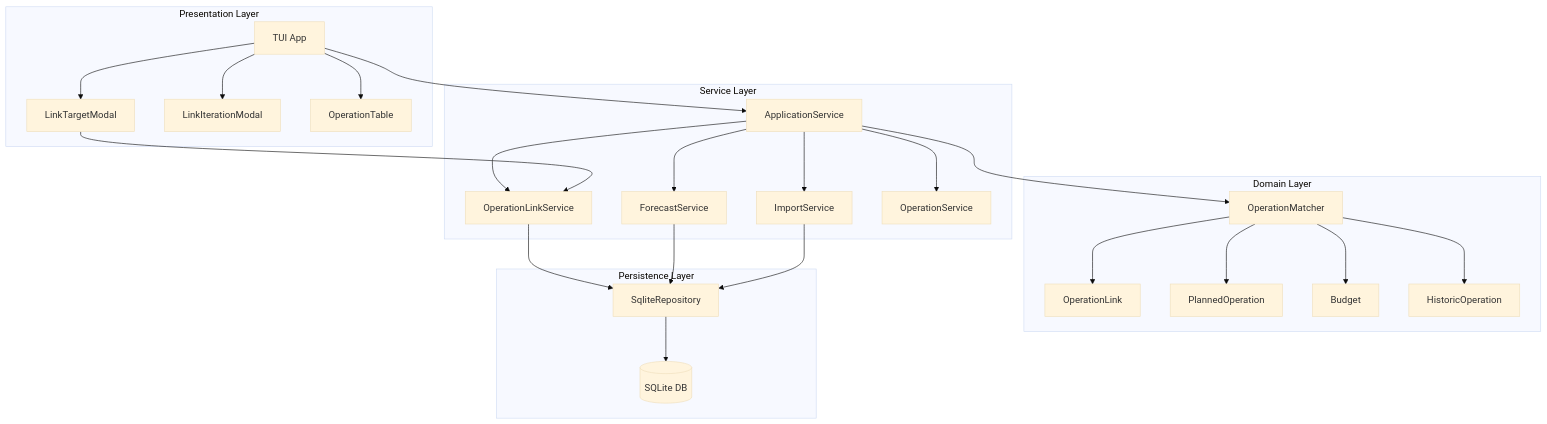
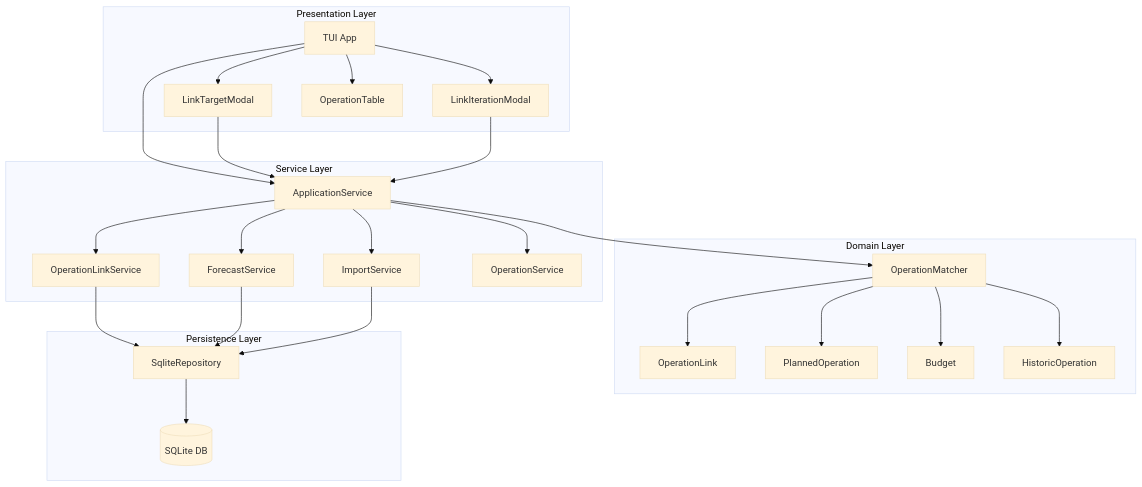
The first of 8 diagrams in docs/dev/operation-links.md (corentin-core/budget-forecaster), drawn with Mermaid (base theme) before and after one commit. The commit also changed other lines of this file and 11 other files, not shown here.

First line of the commit message:
refactor: improve type aliases and update architecture docs

````diff
--- a/docs/dev/operation-links.md
+++ b/docs/dev/operation-links.md
@@ -8,54 +8,55 @@
 ```mermaid
 graph TB
     subgraph "Presentation Layer"
         TUI[TUI App]
         LinkTargetModal[LinkTargetModal]
         LinkIterationModal[LinkIterationModal]
         OperationTable[OperationTable]
     end
 
     subgraph "Service Layer"
         AS[ApplicationService]
         OLS[OperationLinkService]
         FS[ForecastService]
         IS[ImportService]
         OS[OperationService]
     end
 
     subgraph "Domain Layer"
         OM[OperationMatcher]
         OL[OperationLink]
         PO[PlannedOperation]
         B[Budget]
         HO[HistoricOperation]
     end
 
     subgraph "Persistence Layer"
         Repo[SqliteRepository]
         DB[(SQLite DB)]
     end
 
     TUI --> AS
     TUI --> LinkTargetModal
     TUI --> LinkIterationModal
     TUI --> OperationTable
 
+    LinkTargetModal --> AS
+    LinkIterationModal --> AS
+
     AS --> IS
     AS --> FS
     AS --> OLS
     AS --> OS
     AS --> OM
-
-    LinkTargetModal --> OLS
 
     OLS --> Repo
     FS --> Repo
     IS --> Repo
 
     OM --> OL
     OM --> PO
     OM --> B
     OM --> HO
 
     Repo --> DB
 ```
````
